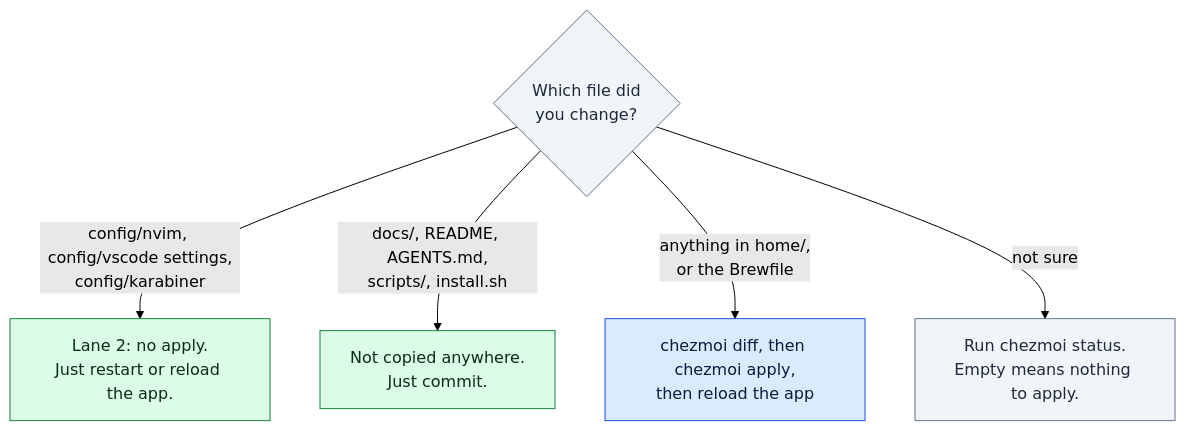
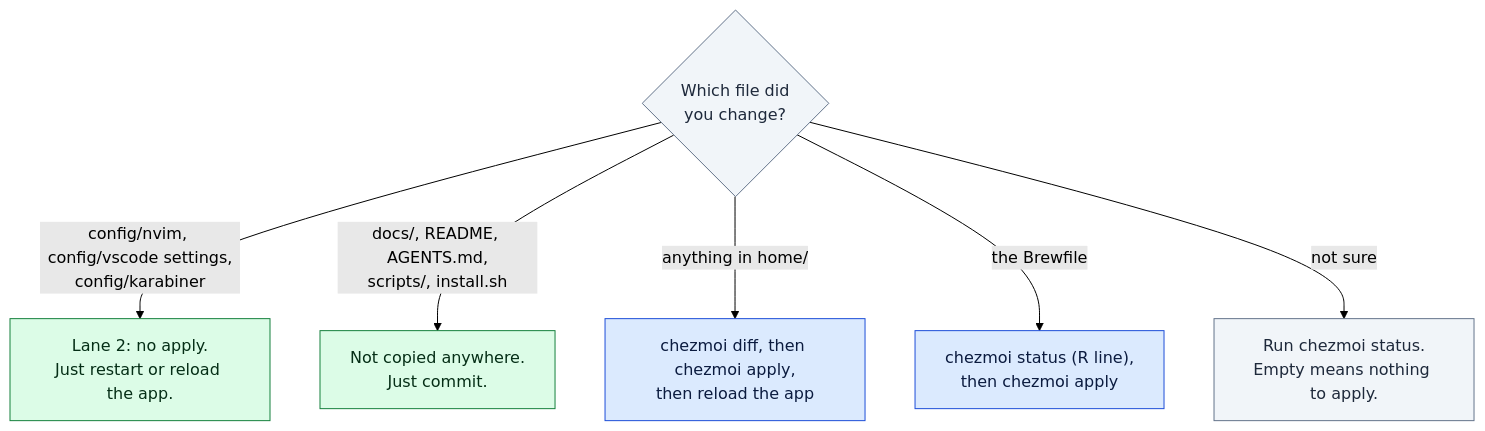
One commit to youngjae-lim/dotfiles changed the third of 6 diagrams in docs/02-chezmoi-basics.md. Above: the diagram before and after it, drawn with Mermaid (forest theme). The commit also changed other lines of this file and 1 other file, not shown here.

First line of the commit message:
docs(ch2): Brewfile changes show in chezmoi status, not diff; ignore Claude outputs/

````diff
--- a/docs/02-chezmoi-basics.md
+++ b/docs/02-chezmoi-basics.md
@@ -90,11 +90,12 @@
 ```mermaid
 flowchart TD
     Q{"Which file did<br/>you change?"}:::step
     Q -->|"config/nvim, config/vscode settings,<br/>config/karabiner"| N["Lane 2: no apply.<br/>Just restart or reload the app."]:::output
     Q -->|"docs/, README, AGENTS.md,<br/>scripts/, install.sh"| X["Not copied anywhere.<br/>Just commit."]:::output
-    Q -->|"anything in home/,<br/>or the Brewfile"| Y["chezmoi diff, then chezmoi apply,<br/>then reload the app"]:::source
+    Q -->|"anything in home/"| Y["chezmoi diff, then chezmoi apply,<br/>then reload the app"]:::source
+    Q -->|"the Brewfile"| B["chezmoi status (R line),<br/>then chezmoi apply"]:::source
     Q -->|not sure| S["Run chezmoi status.<br/>Empty means nothing to apply."]:::step
     classDef source fill:#dbeafe,stroke:#1d4ed8,color:#0b1b3f
     classDef step fill:#f1f5f9,stroke:#64748b,color:#1e293b
     classDef output fill:#dcfce7,stroke:#15803d,color:#052e16
 ```
````
